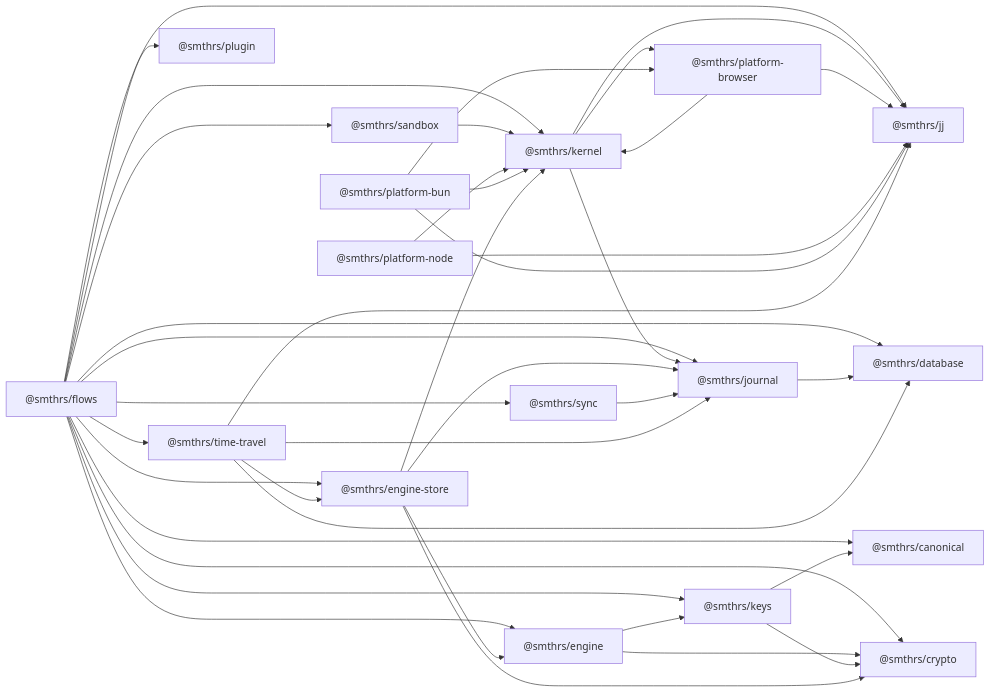
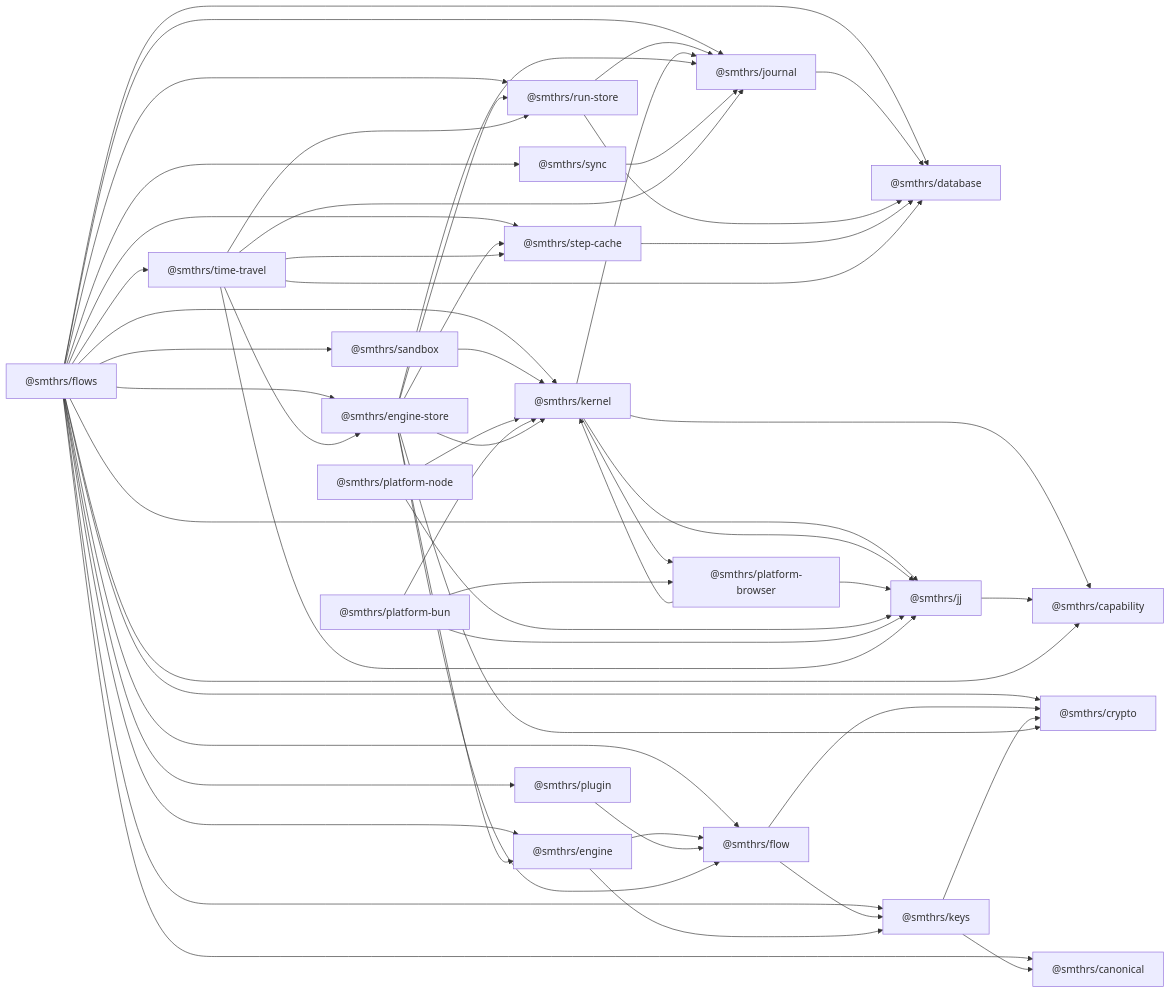
One commit to smithersai/flows changed the diagram in docs/pages/package-structure.md. Above: the diagram before and after it, drawn with Mermaid. The commit also changed other lines of this file and 50 other files, not shown here.

Commit message:
📝 docs: rewrite the pages for the capability, flow, run-store, and step-cache splits

````diff
--- a/docs/pages/package-structure.md
+++ b/docs/pages/package-structure.md
@@ -46,59 +55,81 @@
 ```mermaid
 flowchart LR
   FLOWS["@smthrs/flows"]
   TT["@smthrs/time-travel"]
   ES["@smthrs/engine-store"]
   SYNC["@smthrs/sync"]
   KERNEL["@smthrs/kernel"]
+  FLOW["@smthrs/flow"]
   ENGINE["@smthrs/engine"]
   JOURNAL["@smthrs/journal"]
+  RUNSTORE["@smthrs/run-store"]
+  STEPCACHE["@smthrs/step-cache"]
   DB["@smthrs/database"]
   JJ["@smthrs/jj"]
   SANDBOX["@smthrs/sandbox"]
   PB["@smthrs/platform-browser"]
   PN["@smthrs/platform-node"]
   PBUN["@smthrs/platform-bun"]
   KEYS["@smthrs/keys"]
   CRYPTO["@smthrs/crypto"]
   CANONICAL["@smthrs/canonical"]
   PLUGIN["@smthrs/plugin"]
+  CAP["@smthrs/capability"]
+
+  KERNEL --> CAP
+  JJ --> CAP
+  FLOWS --> CAP
 
   FLOWS --> JJ
   FLOWS --> SANDBOX
   FLOWS --> DB
   FLOWS --> JOURNAL
+  FLOWS --> RUNSTORE
+  FLOWS --> STEPCACHE
   FLOWS --> KERNEL
   FLOWS --> KEYS
   FLOWS --> CRYPTO
   FLOWS --> CANONICAL
+  FLOWS --> FLOW
   FLOWS --> ENGINE
   FLOWS --> ES
   FLOWS --> PLUGIN
   FLOWS --> SYNC
   FLOWS --> TT
   JOURNAL --> DB
+  RUNSTORE --> DB
+  RUNSTORE --> JOURNAL
+  STEPCACHE --> DB
   SANDBOX --> KERNEL
   KERNEL --> JJ
   KERNEL --> PB
   KERNEL --> JOURNAL
   PB --> KERNEL
   PB --> JJ
   PN --> KERNEL
   PN --> JJ
   PBUN --> KERNEL
   PBUN --> JJ
   PBUN --> PB
+  FLOW --> KEYS
+  FLOW --> CRYPTO
+  ENGINE --> FLOW
   ENGINE --> KEYS
-  ENGINE --> CRYPTO
+  PLUGIN --> FLOW
   KEYS --> CANONICAL
   KEYS --> CRYPTO
+  ES --> FLOW
   ES --> ENGINE
   ES --> CRYPTO
   ES --> JOURNAL
+  ES --> RUNSTORE
+  ES --> STEPCACHE
   ES --> KERNEL
   SYNC --> JOURNAL
   TT --> DB
   TT --> ES
   TT --> JJ
   TT --> JOURNAL
+  TT --> RUNSTORE
+  TT --> STEPCACHE
 ```
````
